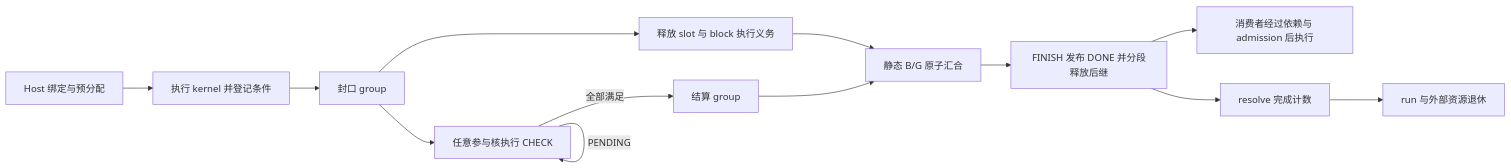
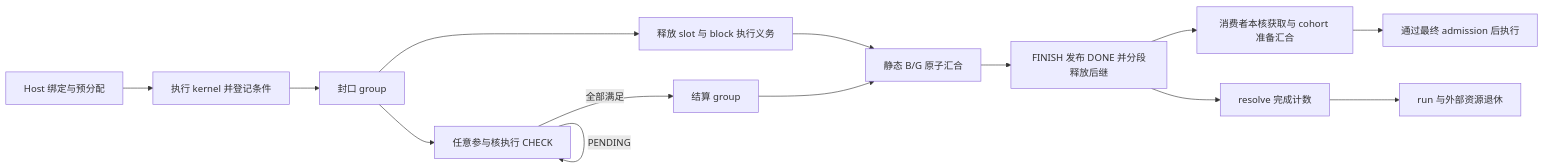
Before and after one commit to poursoul/simpler: the diagram in docs/zh-cn/design/a5-hbg-async-completion.md, drawn with Mermaid. The commit also changed other lines of this file and 8 other files, not shown here.

````diff
--- a/docs/zh-cn/design/a5-hbg-async-completion.md
+++ b/docs/zh-cn/design/a5-hbg-async-completion.md
@@ -36,15 +36,16 @@
 ```mermaid
 flowchart LR
     H[Host 绑定与预分配] --> K[执行 kernel 并登记条件]
     K --> S[封口 group]
     S --> R[释放 slot 与 block 执行义务]
     S --> C[任意参与核执行 CHECK]
     C -->|PENDING| C
     C -->|全部满足| G[结算 group]
     R --> J[静态 B/G 原子汇合]
     G --> J
     J --> F[FINISH 发布 DONE 并分段释放后继]
-    F --> D[消费者经过依赖与 admission 后执行]
+    F --> P[消费者本核获取与 cohort 准备汇合]
+    P --> D[通过最终 admission 后执行]
     F --> Q[resolve 完成计数]
     Q --> X[run 与外部资源退休]
 ```
````
